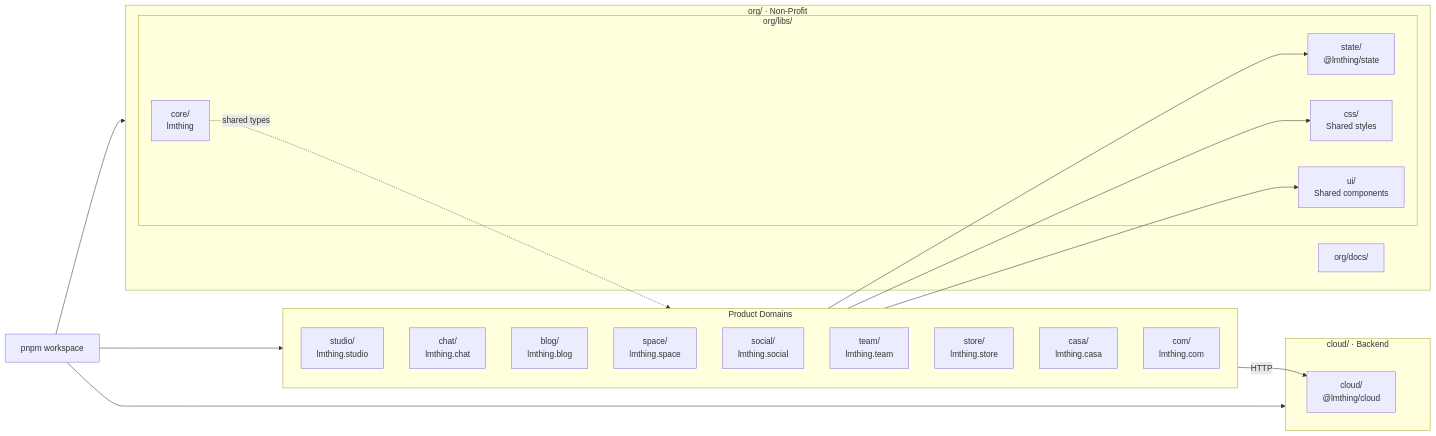
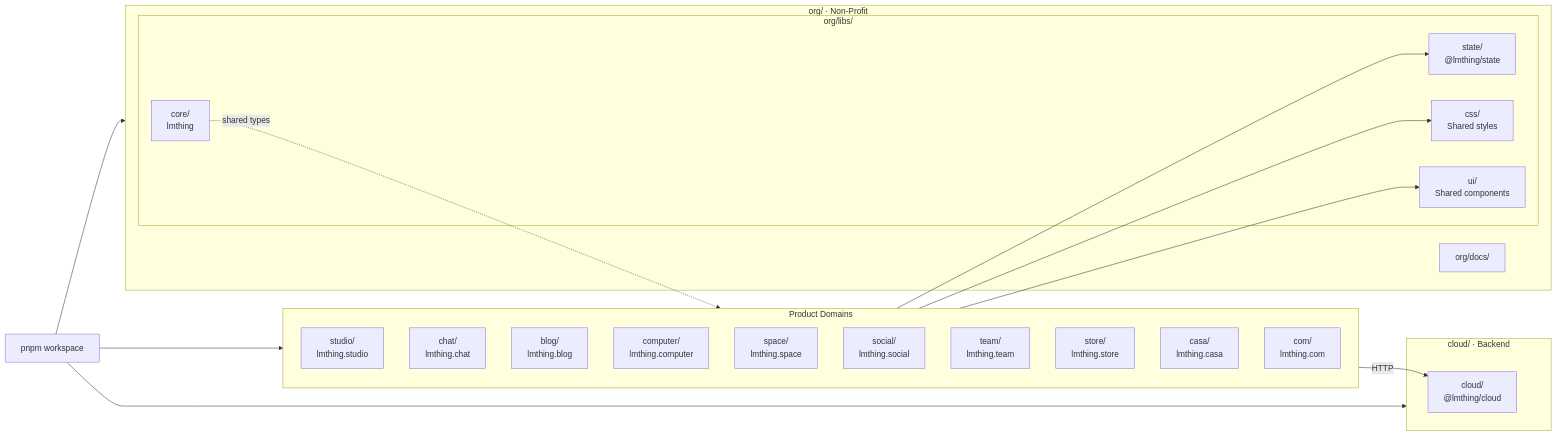
One commit to lmthing/lmthing changed diagram 12 of 12 in Architecture.md. Above: the diagram before and after it, drawn with Mermaid. The commit also changed other lines of this file and 16 other files, not shown here.

First line of the commit message:
feat: add lmthing.computer TLD project

````diff
--- a/Architecture.md
+++ b/Architecture.md
@@ -294,37 +317,38 @@
 ```mermaid
 graph LR
     Root["pnpm workspace"]
 
     subgraph Org["org/ · Non-Profit"]
         subgraph Libs["org/libs/"]
             Core["core/<br/>lmthing"]
             State["state/<br/>@lmthing/state"]
             CSS["css/<br/>Shared styles"]
             UI["ui/<br/>Shared components"]
         end
         Docs["org/docs/"]
     end
 
     subgraph Cloud["cloud/ · Backend"]
         CloudPkg["cloud/<br/>@lmthing/cloud"]
     end
 
     subgraph Products["Product Domains"]
         StudioDir["studio/<br/>lmthing.studio"]
         ChatDir["chat/<br/>lmthing.chat"]
         BlogDir["blog/<br/>lmthing.blog"]
+        ComputerDir["computer/<br/>lmthing.computer"]
         SpaceDir["space/<br/>lmthing.space"]
         SocialDir["social/<br/>lmthing.social"]
         TeamDir["team/<br/>lmthing.team"]
         StoreDir["store/<br/>lmthing.store"]
         CasaDir["casa/<br/>lmthing.casa"]
         ComDir["com/<br/>lmthing.com"]
     end
 
     Root --> Org
     Root --> Cloud
     Root --> Products
     Products --> State & CSS & UI
     Products -- "HTTP" --> CloudPkg
     Core -. "shared types" .-> Products
 ```
````
